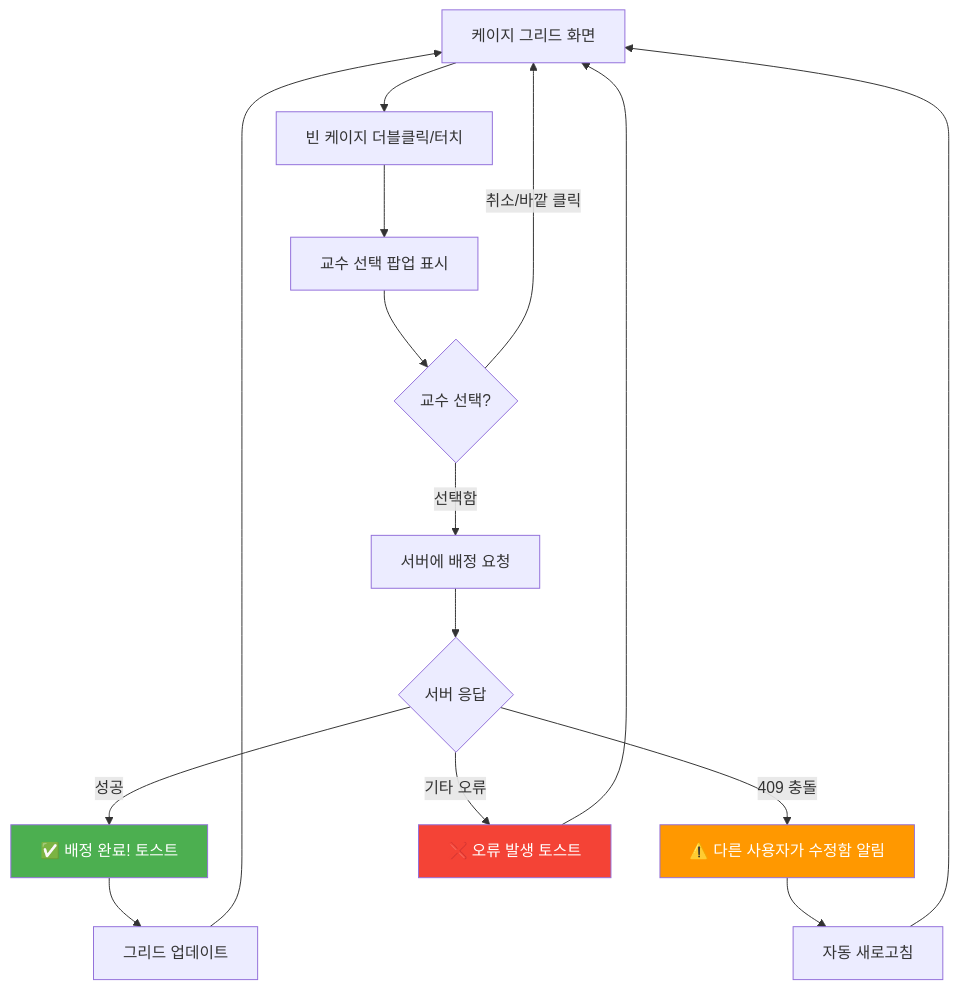
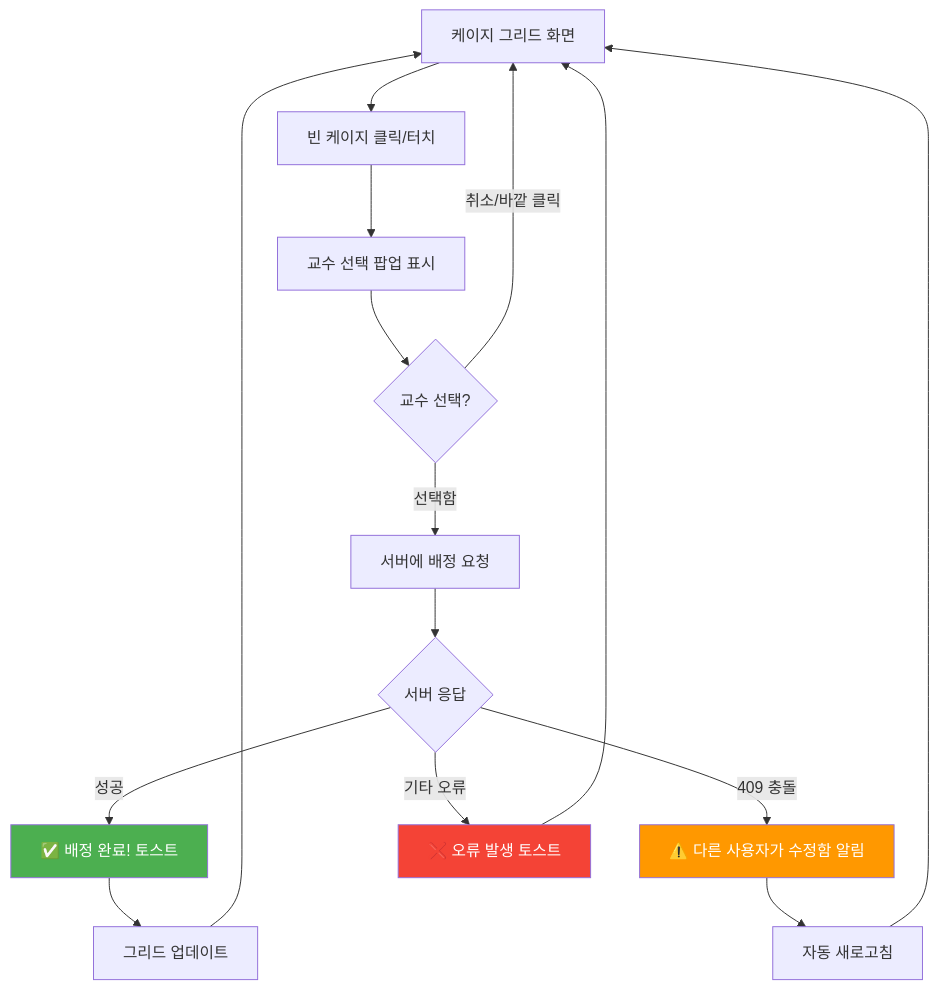
One commit to jtlee91/MSLab changed the second of 9 diagrams in docs/03_UserFlow.md. Above: the diagram before and after it, drawn with Mermaid. The commit also changed other lines of this file and 6 other files, not shown here.

````diff
--- a/docs/03_UserFlow.md
+++ b/docs/03_UserFlow.md
@@ -50,24 +53,24 @@
 ```mermaid
 graph TD
-    A[케이지 그리드 화면] --> B[빈 케이지 더블클릭/터치]
+    A[케이지 그리드 화면] --> B[빈 케이지 클릭/터치]
     B --> C[교수 선택 팝업 표시]
     C --> D{교수 선택?}
     D -->|선택함| E[서버에 배정 요청]
     D -->|취소/바깥 클릭| A
     
     E --> F{서버 응답}
     F -->|성공| G["✅ 배정 완료!" 토스트]
     F -->|409 충돌| H["⚠️ 다른 사용자가 수정함" 알림]
     F -->|기타 오류| I["❌ 오류 발생" 토스트]
     
     G --> J[그리드 업데이트]
     H --> K[자동 새로고침]
     I --> A
     
     J --> A
     K --> A
 
     style G fill:#4CAF50,color:#fff
     style H fill:#FF9800,color:#fff
     style I fill:#F44336,color:#fff
 ```
````
